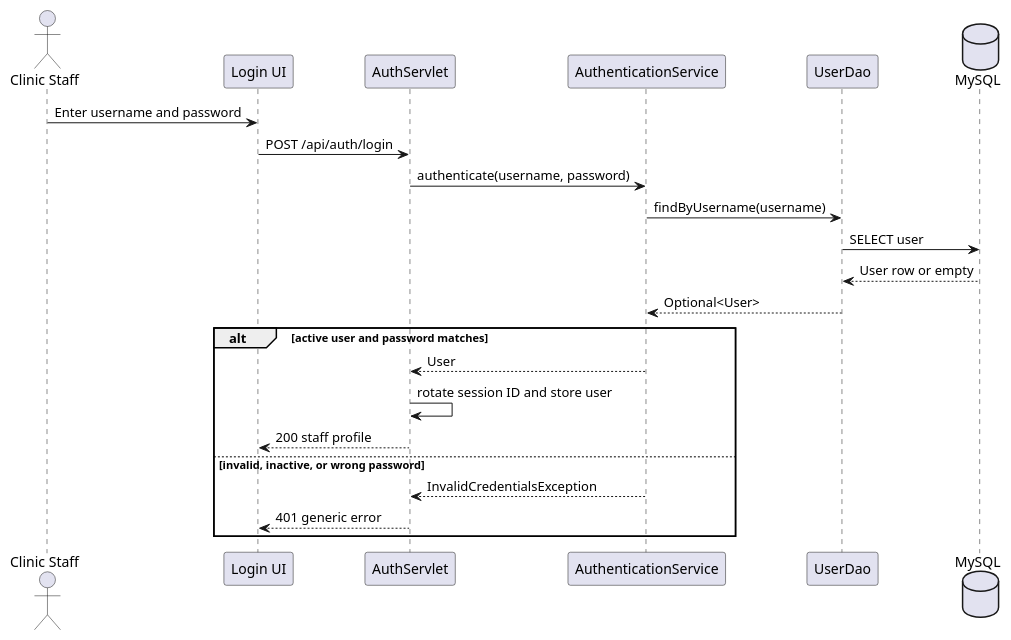
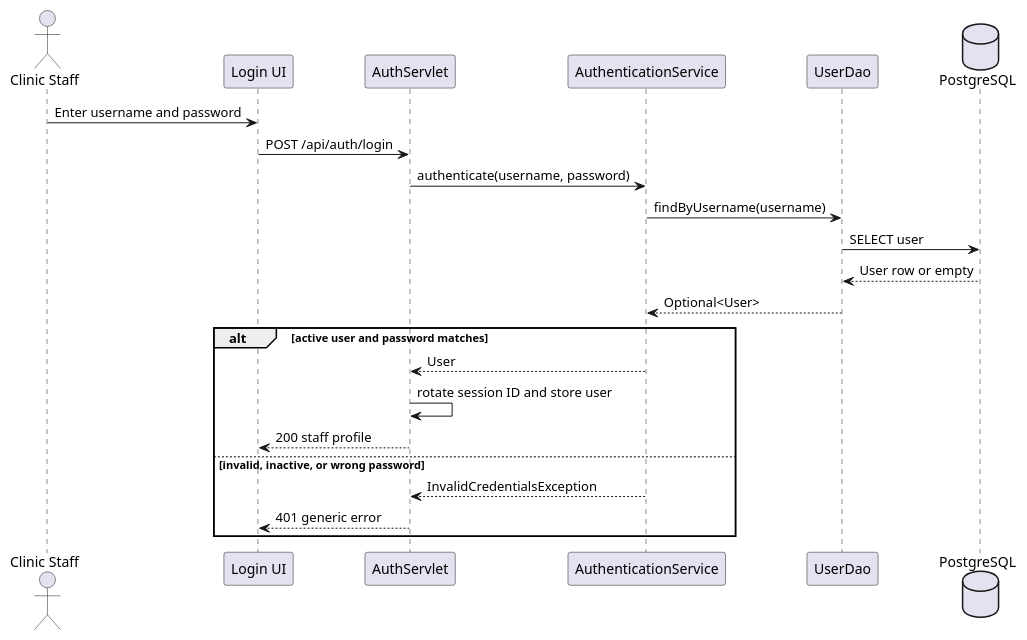
The diagram in docs/uml/login-sequence.puml (sdglhm/sunrise-dental-cis6003), drawn with PlantUML before and after one commit. The commit also changed 13 other files, not shown here.

```diff
--- a/docs/uml/login-sequence.puml
+++ b/docs/uml/login-sequence.puml
@@ -1,23 +1,23 @@
 @startuml
 actor "Clinic Staff" as Staff
 participant "Login UI" as UI
 participant AuthServlet
 participant AuthenticationService as Service
 participant UserDao
-database MySQL
+database PostgreSQL
 Staff -> UI: Enter username and password
 UI -> AuthServlet: POST /api/auth/login
 AuthServlet -> Service: authenticate(username, password)
 Service -> UserDao: findByUsername(username)
-UserDao -> MySQL: SELECT user
-MySQL --> UserDao: User row or empty
+UserDao -> PostgreSQL: SELECT user
+PostgreSQL --> UserDao: User row or empty
 UserDao --> Service: Optional<User>
 alt active user and password matches
   Service --> AuthServlet: User
   AuthServlet -> AuthServlet: rotate session ID and store user
   AuthServlet --> UI: 200 staff profile
 else invalid, inactive, or wrong password
   Service --> AuthServlet: InvalidCredentialsException
   AuthServlet --> UI: 401 generic error
 end
 @enduml
```
